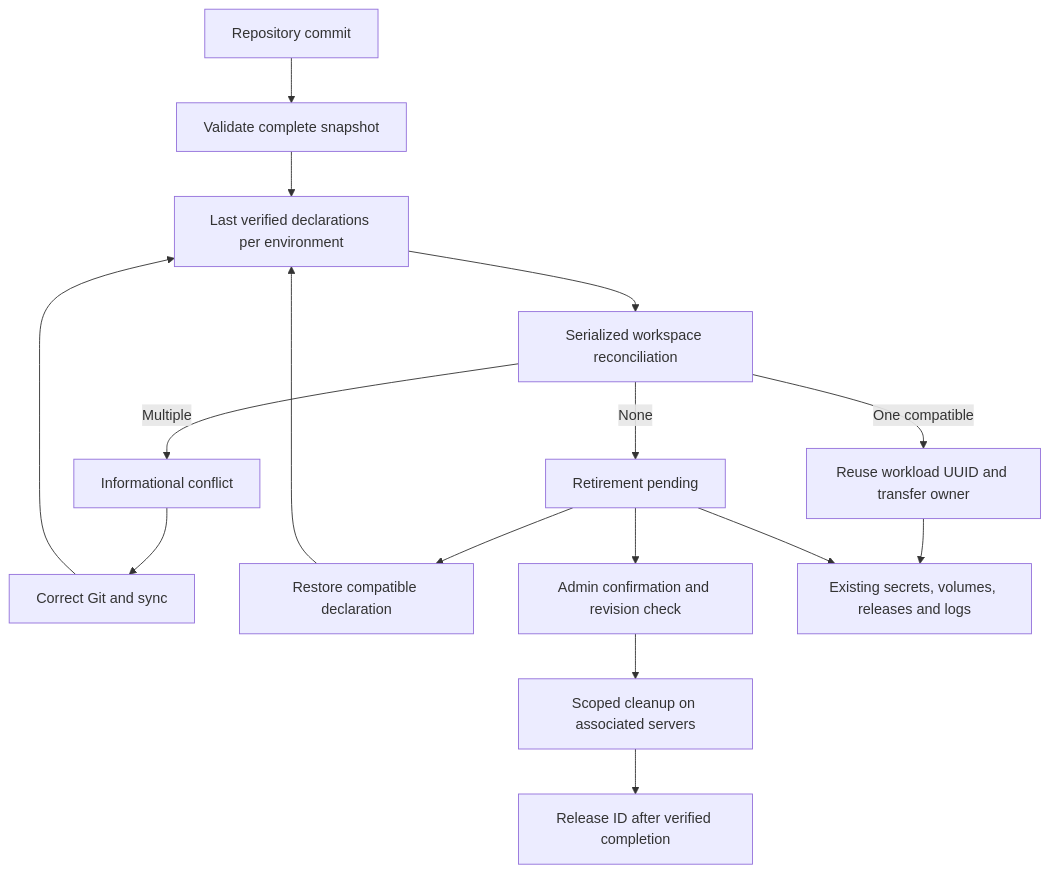
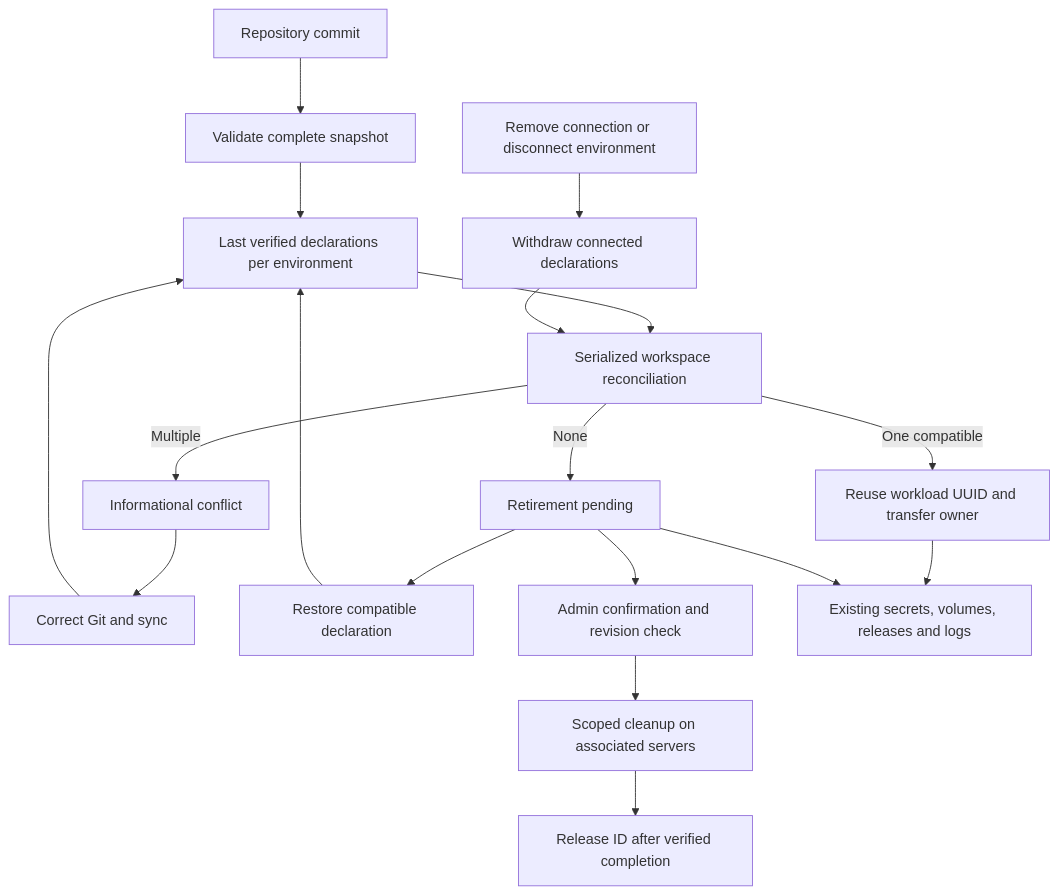
Before and after one commit to avgeek-oss/towbar: the third of 3 diagrams in docs/docs/repositories/conflicts-and-retirements.mdx, drawn with Mermaid. The commit also changed other lines of this file and 53 other files, not shown here.

````diff
--- a/docs/docs/repositories/conflicts-and-retirements.mdx
+++ b/docs/docs/repositories/conflicts-and-retirements.mdx
@@ -122,18 +124,20 @@
 ```mermaid
 flowchart TD
   Git[Repository commit] --> Verify[Validate complete snapshot]
   Verify --> Claims[Last verified declarations per environment]
   Claims --> Reconcile[Serialized workspace reconciliation]
+  Disconnect[Remove connection or disconnect environment] --> Withdraw[Withdraw connected declarations]
+  Withdraw --> Reconcile
   Reconcile -->|Multiple| Conflict[Informational conflict]
   Reconcile -->|One compatible| Owner[Reuse workload UUID and transfer owner]
   Reconcile -->|None| Retirement[Retirement pending]
   Conflict --> Fix[Correct Git and sync]
   Fix --> Claims
   Retirement --> Restore[Restore compatible declaration]
   Restore --> Claims
   Retirement --> Confirm[Admin confirmation and revision check]
   Confirm --> Cleanup[Scoped cleanup on associated servers]
   Cleanup --> Complete[Release ID after verified completion]
   Owner --> Data[Existing secrets, volumes, releases and logs]
   Retirement --> Data
 ```
````
